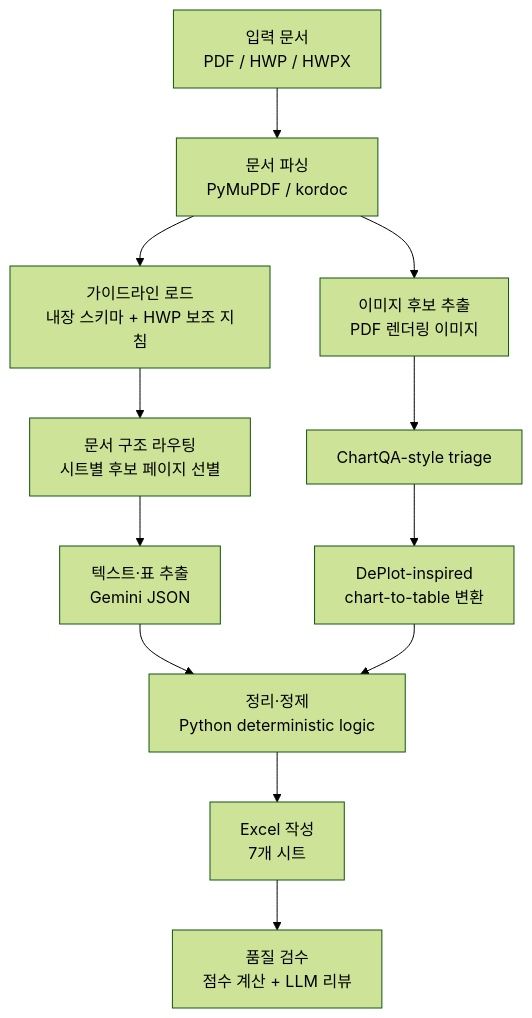
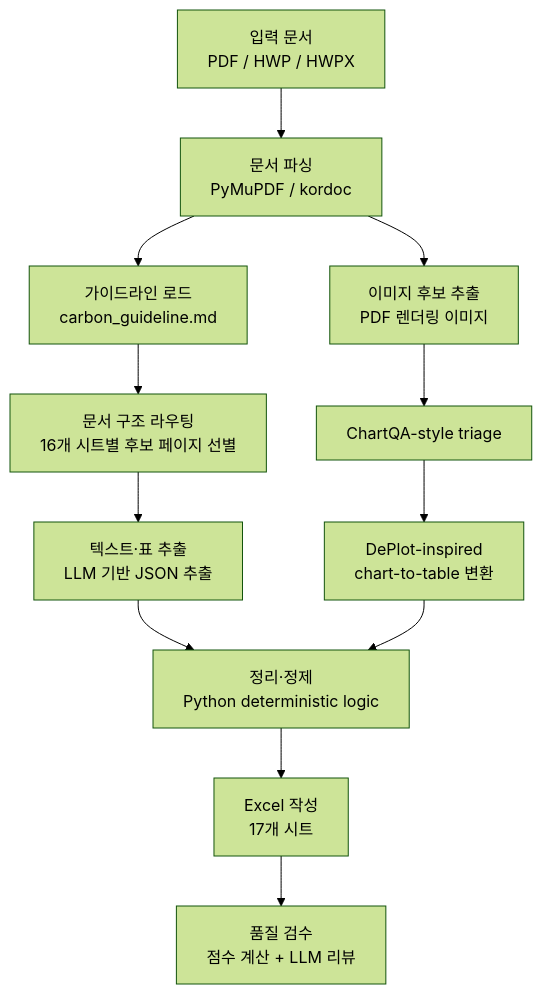
Before and after one commit to azureleo/2026_GovReport_Analyzer_Public: the diagram in README.md, drawn with Mermaid (forest theme). The commit also changed other lines of this file and 21 other files, not shown here.

````diff
--- a/README.md
+++ b/README.md
@@ -35,14 +29,14 @@
 ```mermaid
 flowchart TD
     A["입력 문서<br/>PDF / HWP / HWPX"] --> B["문서 파싱<br/>PyMuPDF / kordoc"]
-    B --> C["가이드라인 로드<br/>내장 스키마 + HWP 보조 지침"]
-    C --> D["문서 구조 라우팅<br/>시트별 후보 페이지 선별"]
-    D --> E["텍스트·표 추출<br/>Gemini JSON"]
+    B --> C["가이드라인 로드<br/>carbon_guideline.md"]
+    C --> D["문서 구조 라우팅<br/>16개 시트별 후보 페이지 선별"]
+    D --> E["텍스트·표 추출<br/>LLM 기반 JSON 추출"]
     B --> F["이미지 후보 추출<br/>PDF 렌더링 이미지"]
     F --> G["ChartQA-style triage"]
     G --> H["DePlot-inspired<br/>chart-to-table 변환"]
     E --> I["정리·정제<br/>Python deterministic logic"]
     H --> I
-    I --> J["Excel 작성<br/>7개 시트"]
+    I --> J["Excel 작성<br/>17개 시트"]
     J --> K["품질 검수<br/>점수 계산 + LLM 리뷰"]
 ```
````
